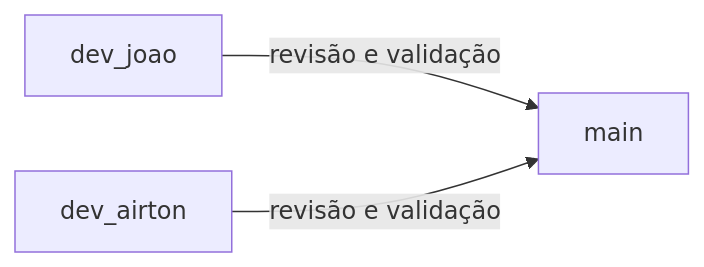
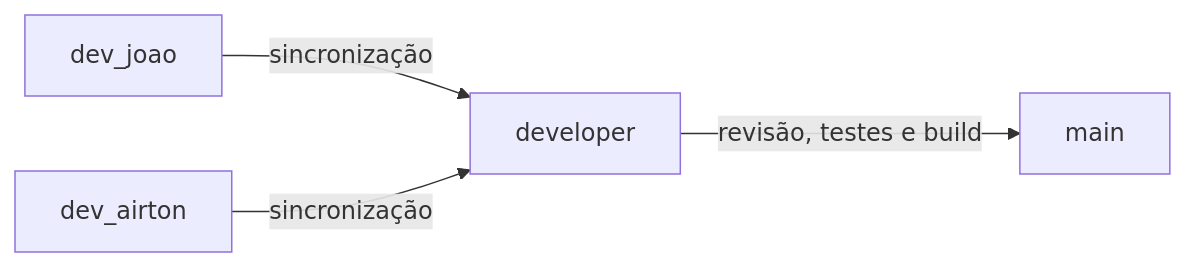
Before and after one commit to jotamonteiro0/site-cn: the third of 3 diagrams in README.md, drawn with Mermaid. The commit also changed other lines of this file, not shown here.

````diff
--- a/README.md
+++ b/README.md
@@ -455,5 +428,6 @@
 ```mermaid
 flowchart LR
-    J["dev_joao"] -->|revisão e validação| M["main"]
-    A["dev_airton"] -->|revisão e validação| M
+    J["dev_joao"] -->|sincronização| D["developer"]
+    A["dev_airton"] -->|sincronização| D
+    D -->|revisão, testes e build| M["main"]
 ```
````
